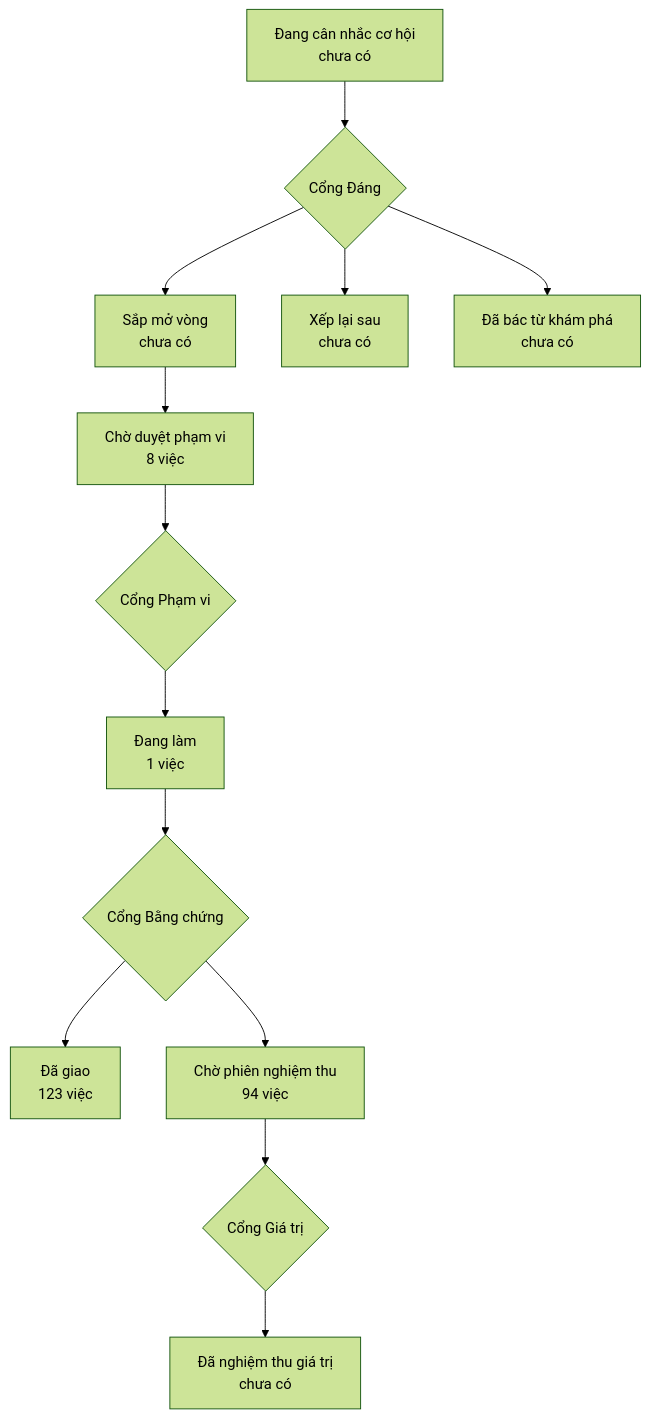
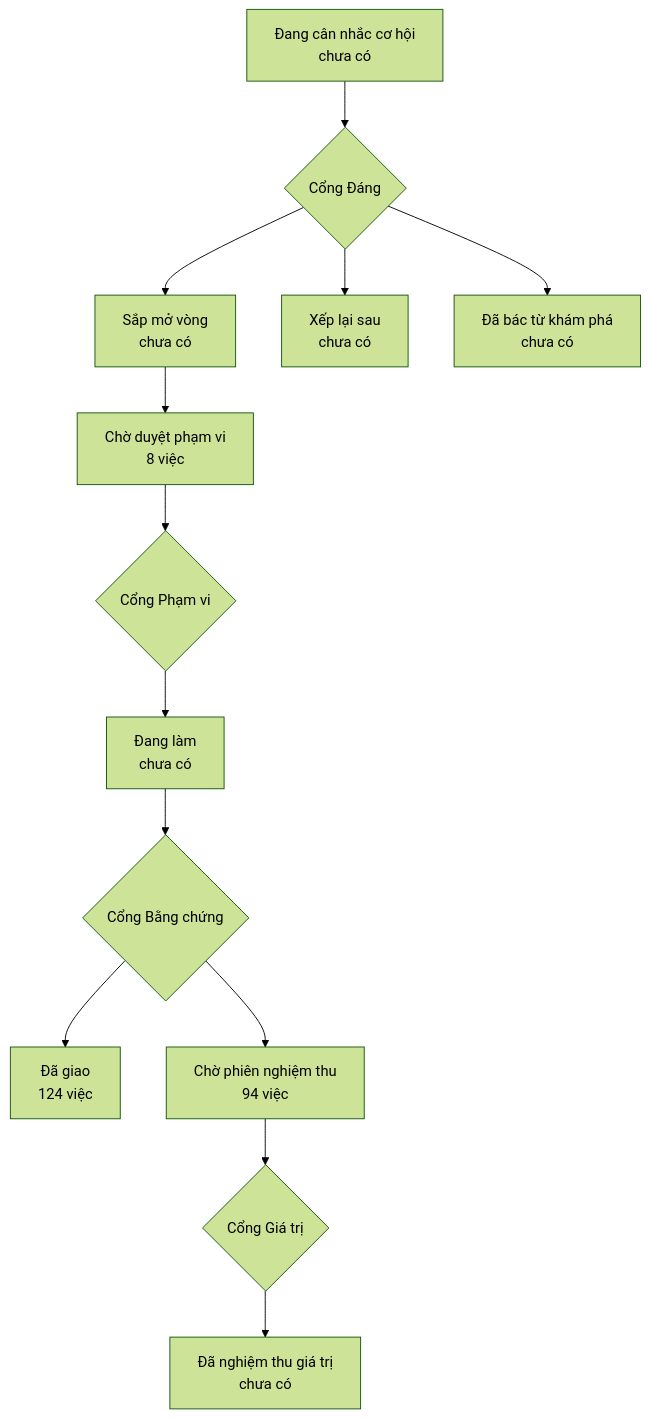
Before and after one commit to phanlemanh/onehub-invest: the diagram in PRODUCT-MAP.md, drawn with Mermaid (forest theme). The commit also changed other lines of this file and 6 other files, not shown here.

````diff
--- a/PRODUCT-MAP.md
+++ b/PRODUCT-MAP.md
@@ -7,12 +7,12 @@
 ```mermaid
 flowchart TD
   A["Đang cân nhắc cơ hội<br/>chưa có"] --> GD{"Cổng Đáng"}
   GD --> B["Sắp mở vòng<br/>chưa có"]
   GD --> XL["Xếp lại sau<br/>chưa có"]
   GD --> DB["Đã bác từ khám phá<br/>chưa có"]
   B --> CD["Chờ duyệt phạm vi<br/>8 việc"] --> GP{"Cổng Phạm vi"}
-  GP --> DL["Đang làm<br/>1 việc"] --> GB{"Cổng Bằng chứng"}
-  GB --> DG["Đã giao<br/>123 việc"]
+  GP --> DL["Đang làm<br/>chưa có"] --> GB{"Cổng Bằng chứng"}
+  GB --> DG["Đã giao<br/>124 việc"]
   GB --> CN["Chờ phiên nghiệm thu<br/>94 việc"] --> GG{"Cổng Giá trị"}
   GG --> NT["Đã nghiệm thu giá trị<br/>chưa có"]
 ```
````
